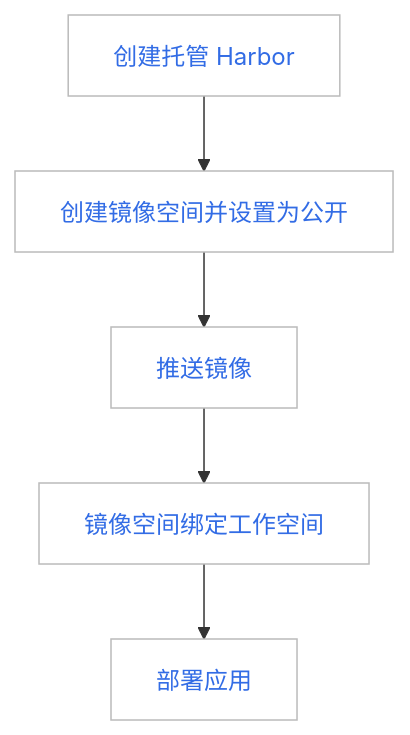
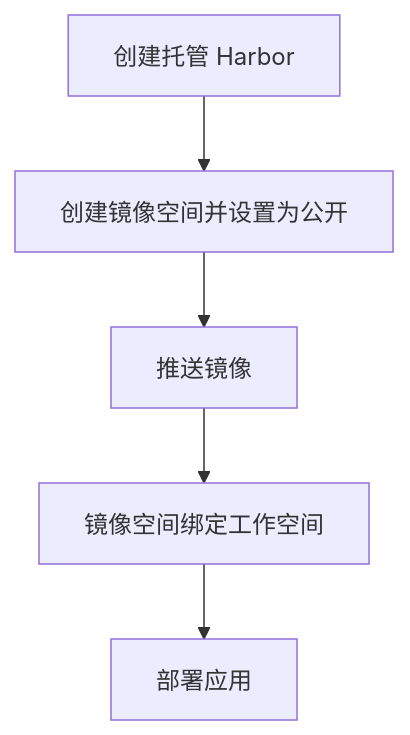
Before and after one commit to DaoCloud/DaoCloud-docs: the third of 3 diagrams in docs/zh/docs/kangaroo/quickstart/admin-registry.md, drawn with Mermaid. The commit also changed other lines of this file and 40 other files, not shown here.

Commit message:
remove classdef and class from mermaid blocks globally (#7555)

````diff
--- a/docs/zh/docs/kangaroo/quickstart/admin-registry.md
+++ b/docs/zh/docs/kangaroo/quickstart/admin-registry.md
@@ -67,20 +55,14 @@
 ```mermaid
 graph TB
 
 create[创建托管 Harbor] --> setpublic[创建镜像空间并设置为公开]
 --> push[推送镜像]
 --> bind[镜像空间绑定工作空间]
 --> deploy[部署应用]
 
-classDef plain fill:#ddd,stroke:#fff,stroke-width:1px,color:#000;
-classDef k8s fill:#326ce5,stroke:#fff,stroke-width:1px,color:#fff;
-classDef cluster fill:#fff,stroke:#bbb,stroke-width:1px,color:#326ce5;
-
-class create,setpublic,push,bind,deploy cluster;
-
 click create "https://docs.daocloud.io/kangaroo/hosted/"
 click setpublic "https://docs.daocloud.io/kangaroo/integrate/create-space/"
 click push "https://docs.daocloud.io/kangaroo/quickstart/push/"
 click bind "https://docs.daocloud.io/kangaroo/integrate/integrate-admin/bind-to-ws/"
 click deploy "https://docs.daocloud.io/kpanda/user-guide/workloads/create-deployment/"
 ```
````
